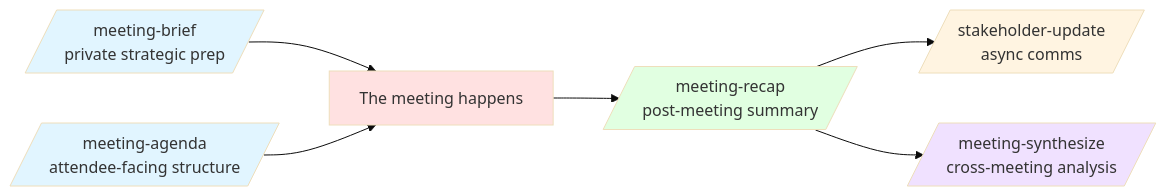
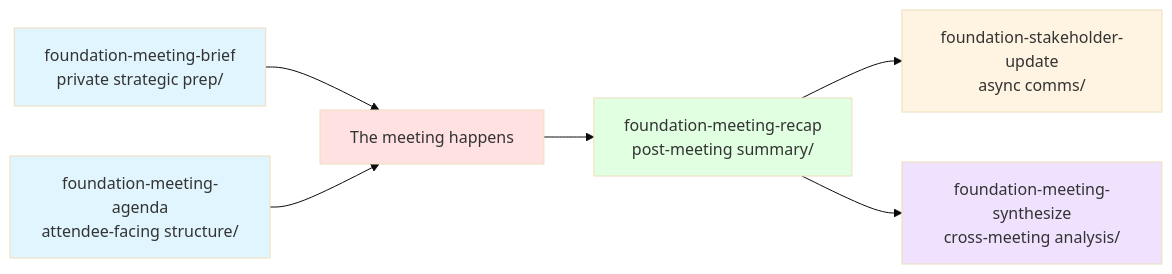
One commit to product-on-purpose/pm-skills changed the first of 3 diagrams in docs/guides/using-meeting-skills.md. Above: the diagram before and after it, drawn with Mermaid (base theme). The commit also changed other lines of this file and 187 other files, not shown here.

````diff
--- a/docs/guides/using-meeting-skills.md
+++ b/docs/guides/using-meeting-skills.md
@@ -16,22 +16,22 @@
 ```mermaid
 graph LR
-    Brief[/meeting-brief<br/>private strategic prep/]
-    Agenda[/meeting-agenda<br/>attendee-facing structure/]
+    Brief[foundation-meeting-brief<br/>private strategic prep/]
+    Agenda[foundation-meeting-agenda<br/>attendee-facing structure/]
     Meeting[The meeting happens]
-    Recap[/meeting-recap<br/>post-meeting summary/]
-    Update[/stakeholder-update<br/>async comms/]
-    Synthesize[/meeting-synthesize<br/>cross-meeting analysis/]
+    Recap[foundation-meeting-recap<br/>post-meeting summary/]
+    Update[foundation-stakeholder-update<br/>async comms/]
+    Synthesize[foundation-meeting-synthesize<br/>cross-meeting analysis/]
 
     Brief --> Meeting
     Agenda --> Meeting
     Meeting --> Recap
     Recap --> Update
     Recap --> Synthesize
 
     style Brief fill:#e1f5ff
     style Agenda fill:#e1f5ff
     style Meeting fill:#ffe1e1
     style Recap fill:#e1ffe1
     style Update fill:#fff4e1
     style Synthesize fill:#f0e1ff
 ```
````
